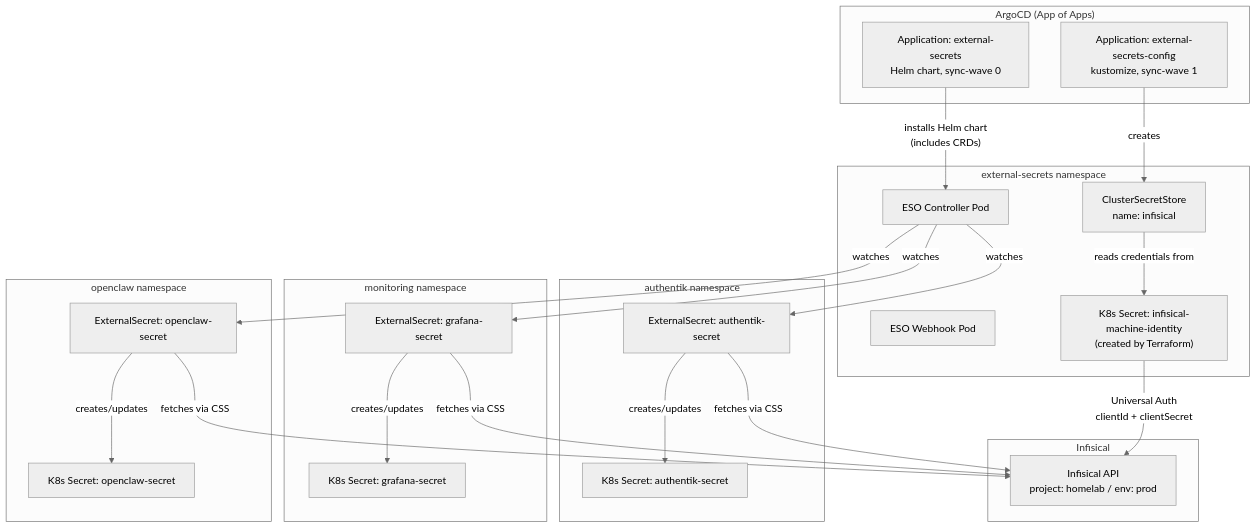
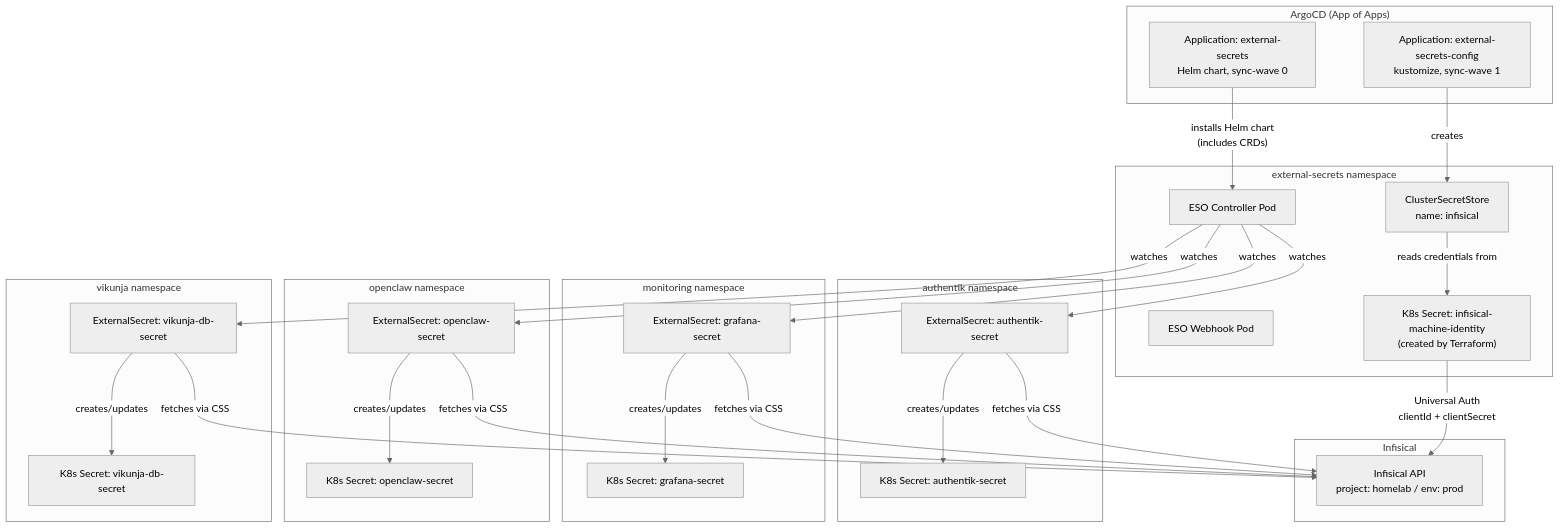
One commit to haingth77/homelab changed the first of 3 diagrams in k8s/apps/external-secrets/README.md. Above: the diagram before and after it, drawn with Mermaid (neutral theme). The commit also changed other lines of this file and 4 other files, not shown here.

````diff
--- a/k8s/apps/external-secrets/README.md
+++ b/k8s/apps/external-secrets/README.md
@@ -7,47 +7,55 @@
 ```mermaid
 flowchart TD
     subgraph argocd["ArgoCD (App of Apps)"]
         ESOApp["Application: external-secrets\nHelm chart, sync-wave 0"]
         ESCApp["Application: external-secrets-config\nkustomize, sync-wave 1"]
     end
 
     subgraph esoNs["external-secrets namespace"]
         ESOOperator["ESO Controller Pod"]
         WebhookPod["ESO Webhook Pod"]
         CSS["ClusterSecretStore\nname: infisical"]
         MachineIdentitySecret["K8s Secret: infisical-machine-identity\n(created by Terraform)"]
     end
 
     subgraph infisical["Infisical"]
         InfisicalAPI["Infisical API\nproject: homelab / env: prod"]
     end
 
     subgraph authentikNs["authentik namespace"]
         ES1["ExternalSecret: authentik-secret"]
         K8sS1["K8s Secret: authentik-secret"]
     end
 
     subgraph monitoringNs["monitoring namespace"]
         ES2["ExternalSecret: grafana-secret"]
         K8sS2["K8s Secret: grafana-secret"]
     end
 
     subgraph openclawNs["openclaw namespace"]
         ES3["ExternalSecret: openclaw-secret"]
         K8sS3["K8s Secret: openclaw-secret"]
     end
 
+    subgraph vikunjaNs["vikunja namespace"]
+        ES4["ExternalSecret: vikunja-db-secret"]
+        K8sS4["K8s Secret: vikunja-db-secret"]
+    end
+
     ESOApp -- "installs Helm chart\n(includes CRDs)" --> ESOOperator
     ESCApp -- "creates" --> CSS
     CSS -- "reads credentials from" --> MachineIdentitySecret
     MachineIdentitySecret -- "Universal Auth\nclientId + clientSecret" --> InfisicalAPI
     ESOOperator -- "watches" --> ES1
     ESOOperator -- "watches" --> ES2
     ESOOperator -- "watches" --> ES3
+    ESOOperator -- "watches" --> ES4
     ES1 -- "fetches via CSS" --> InfisicalAPI
     ES2 -- "fetches via CSS" --> InfisicalAPI
     ES3 -- "fetches via CSS" --> InfisicalAPI
+    ES4 -- "fetches via CSS" --> InfisicalAPI
     ES1 -- "creates/updates" --> K8sS1
     ES2 -- "creates/updates" --> K8sS2
     ES3 -- "creates/updates" --> K8sS3
+    ES4 -- "creates/updates" --> K8sS4
 ```
````
